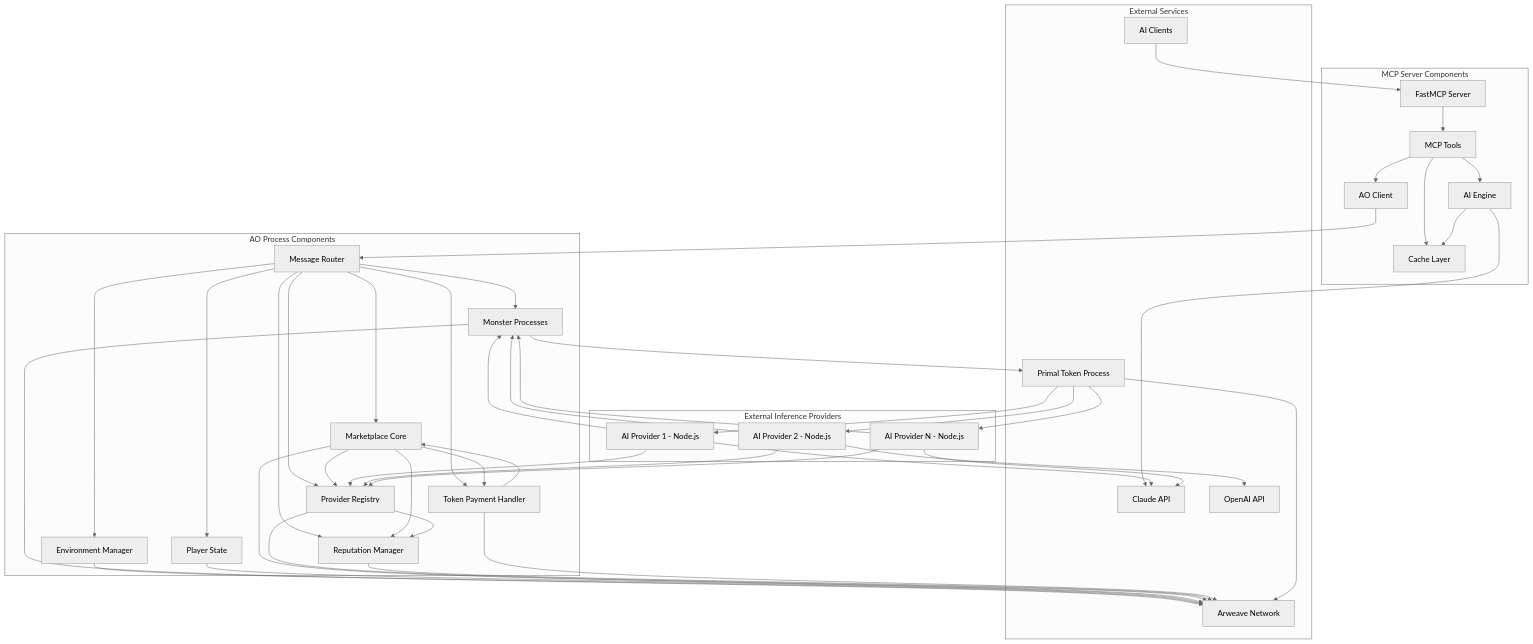
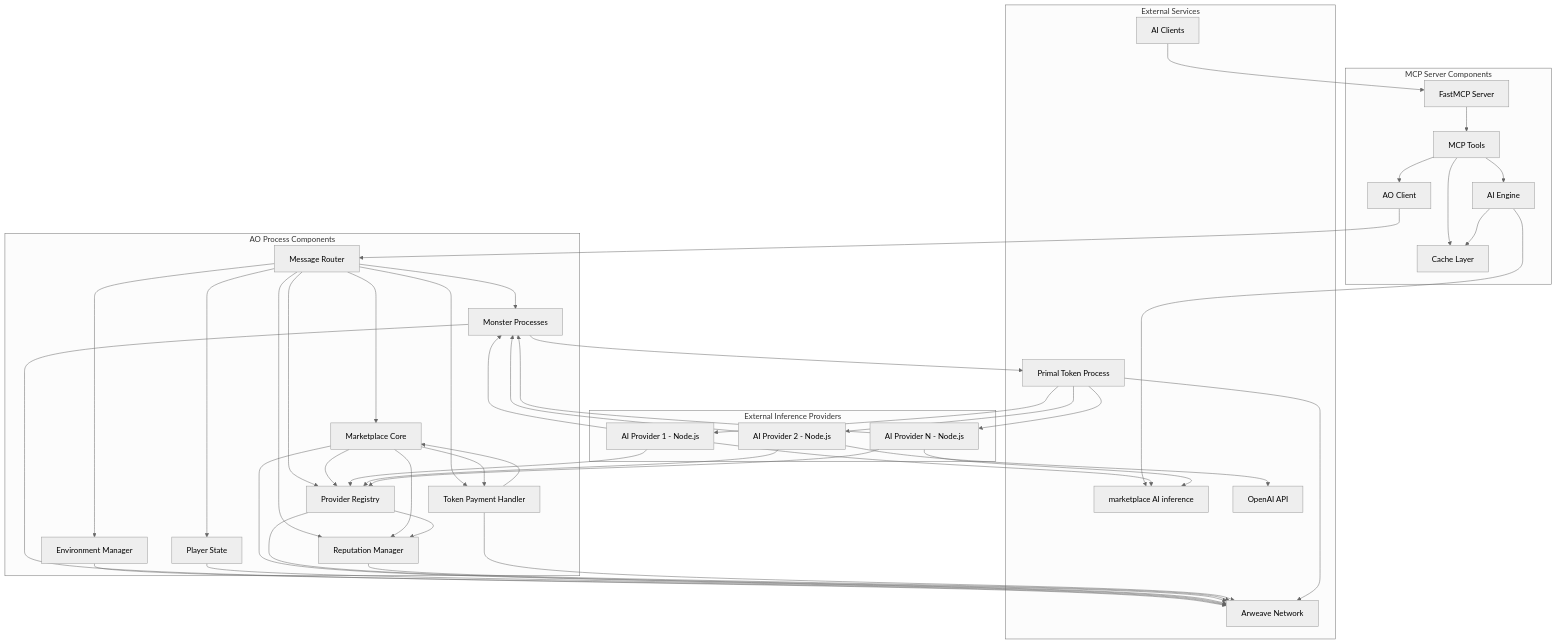
One commit to ALLiDoizCode/PrimalCode changed the diagram in Docs/architecture/components-diagrams.md. Above: the diagram before and after it, drawn with Mermaid (neutral theme). The commit also changed 85 other files, not shown here.

First line of the commit message:
Align documentation and implementation with marketplace architecture

```diff
--- a/Docs/architecture/components-diagrams.md
+++ b/Docs/architecture/components-diagrams.md
@@ -28,7 +28,7 @@
     end
     
     subgraph "External Services"
-        CLAUDE[Claude API]
+        CLAUDE[marketplace AI inference]
         OPENAI[OpenAI API]
         ARWEAVE[Arweave Network]
         CLIENTS[AI Clients]
```
